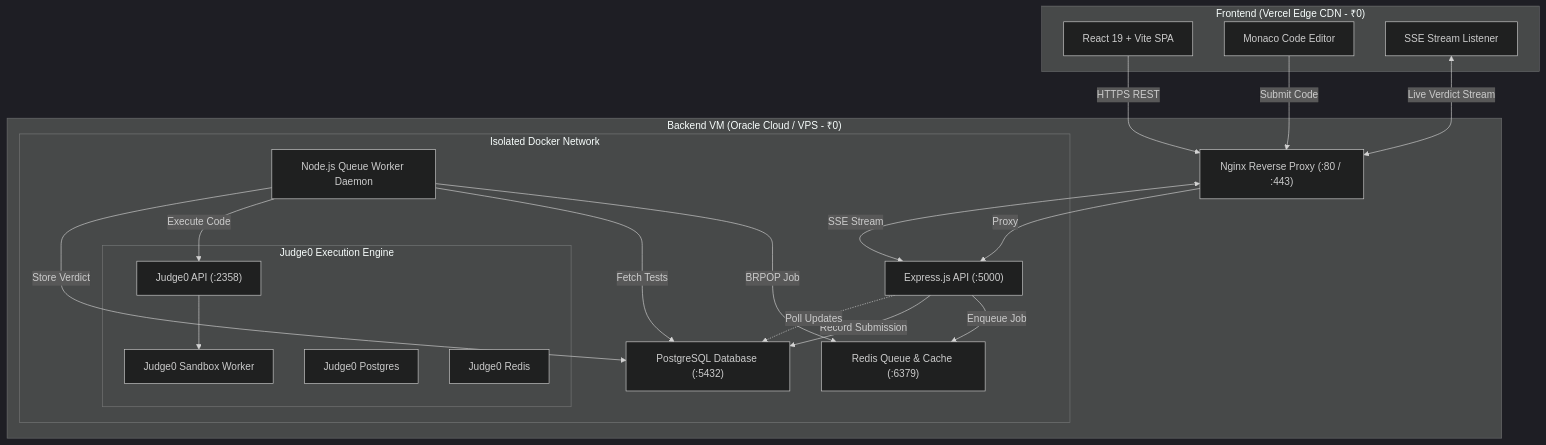
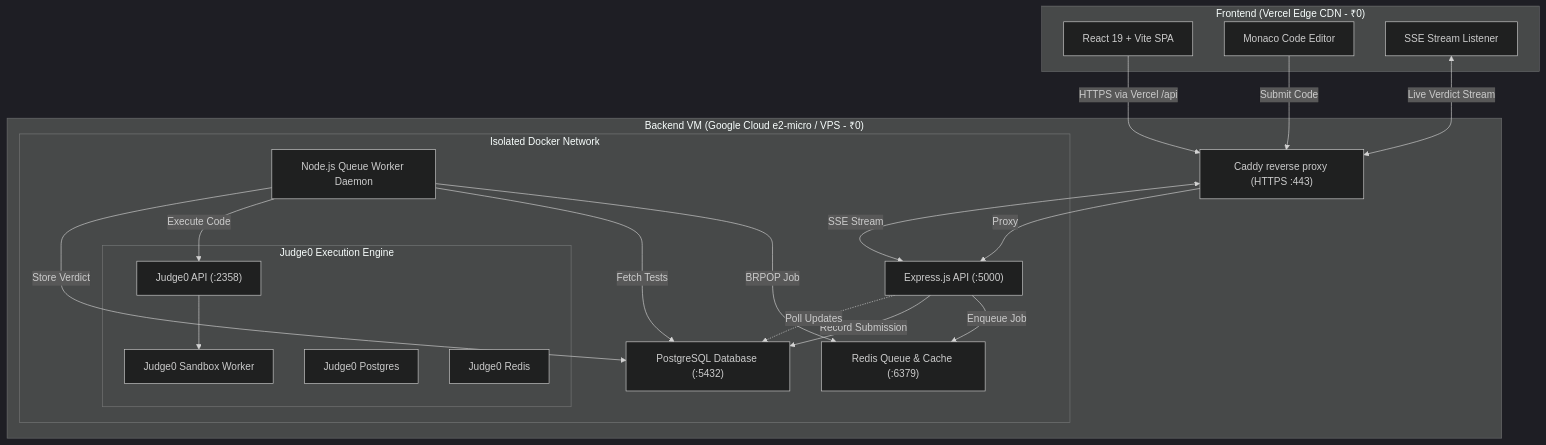
Before and after one commit to IndiralaVarshith/AetherJudge: the diagram in README.md, drawn with Mermaid (dark theme). The commit also changed other lines of this file and 12 other files, not shown here.

First line of the commit message:
feat(deploy): free Google Cloud VM + Vercel deployment with Caddy HTTPS

````diff
--- a/README.md
+++ b/README.md
@@ -14,40 +14,40 @@
 ```mermaid
 flowchart TD
     subgraph Client ["Frontend (Vercel Edge CDN - ₹0)"]
         UI["React 19 + Vite SPA"]
         Editor["Monaco Code Editor"]
         SSEClient["SSE Stream Listener"]
     end
 
-    subgraph Cloud ["Backend VM (Oracle Cloud / VPS - ₹0)"]
-        Nginx["Nginx Reverse Proxy (:80 / :443)"]
+    subgraph Cloud ["Backend VM (Google Cloud e2-micro / VPS - ₹0)"]
+        Caddy["Caddy reverse proxy (HTTPS :443)"]
         
         subgraph InternalNet ["Isolated Docker Network"]
             API["Express.js API (:5000)"]
             Worker["Node.js Queue Worker Daemon"]
             Redis["Redis Queue & Cache (:6379)"]
             PG["PostgreSQL Database (:5432)"]
             
             subgraph Sandbox ["Judge0 Execution Engine"]
                 JServer["Judge0 API (:2358)"]
                 JWorker["Judge0 Sandbox Worker"]
                 JDB["Judge0 Postgres"]
                 JRedis["Judge0 Redis"]
             end
         end
     end
 
-    UI -->|HTTPS REST| Nginx
-    Editor -->|Submit Code| Nginx
-    Nginx -->|Proxy| API
+    UI -->|HTTPS via Vercel /api| Caddy
+    Editor -->|Submit Code| Caddy
+    Caddy -->|Proxy| API
     API -->|Enqueue Job| Redis
     API -->|Record Submission| PG
     Worker -->|BRPOP Job| Redis
     Worker -->|Fetch Tests| PG
     Worker -->|Execute Code| JServer
     JServer --> JWorker
     Worker -->|Store Verdict| PG
-    SSEClient <-->|Live Verdict Stream| Nginx
-    Nginx <-->|SSE Stream| API
+    SSEClient <-->|Live Verdict Stream| Caddy
+    Caddy <-->|SSE Stream| API
     API -.->|Poll Updates| PG
 ```
````
